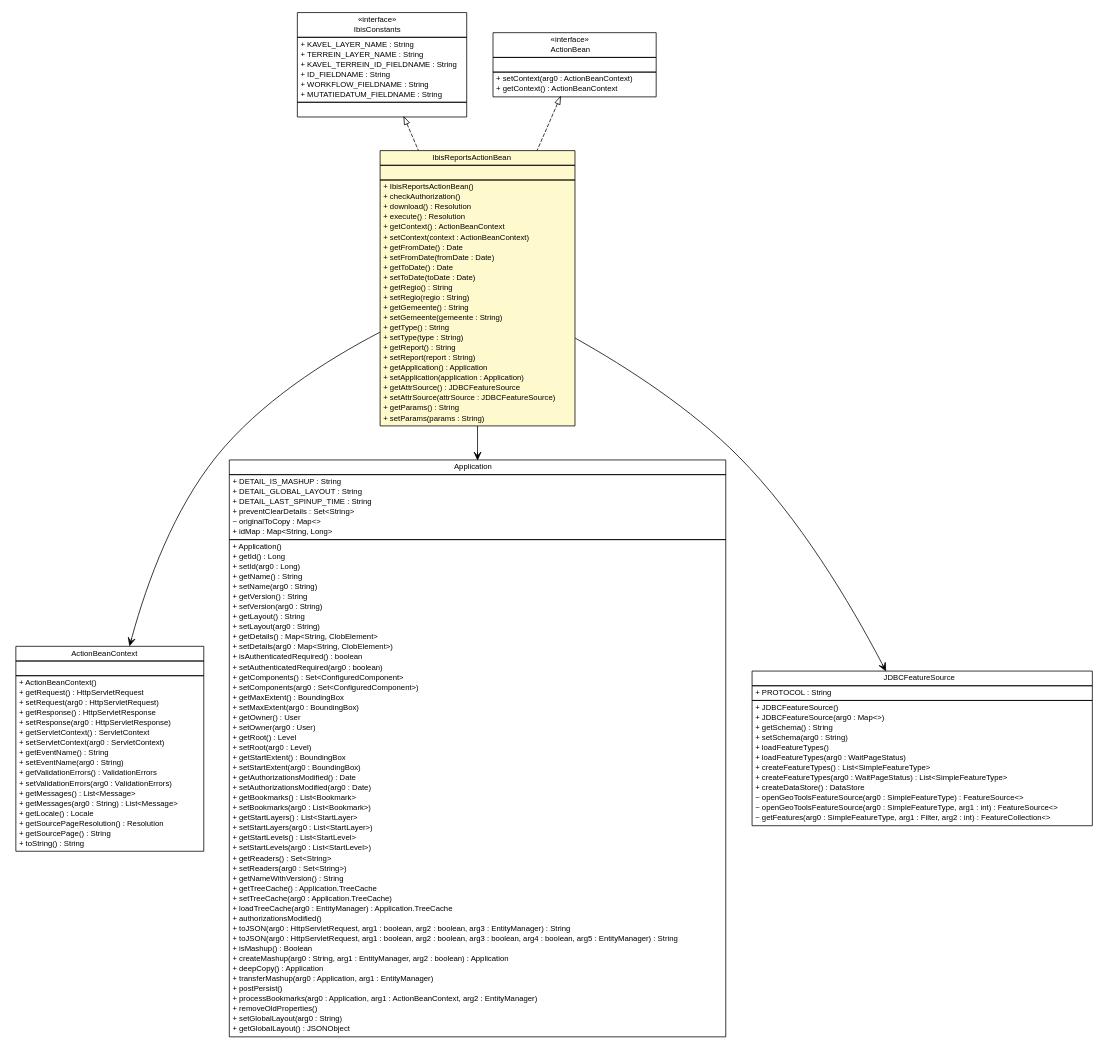
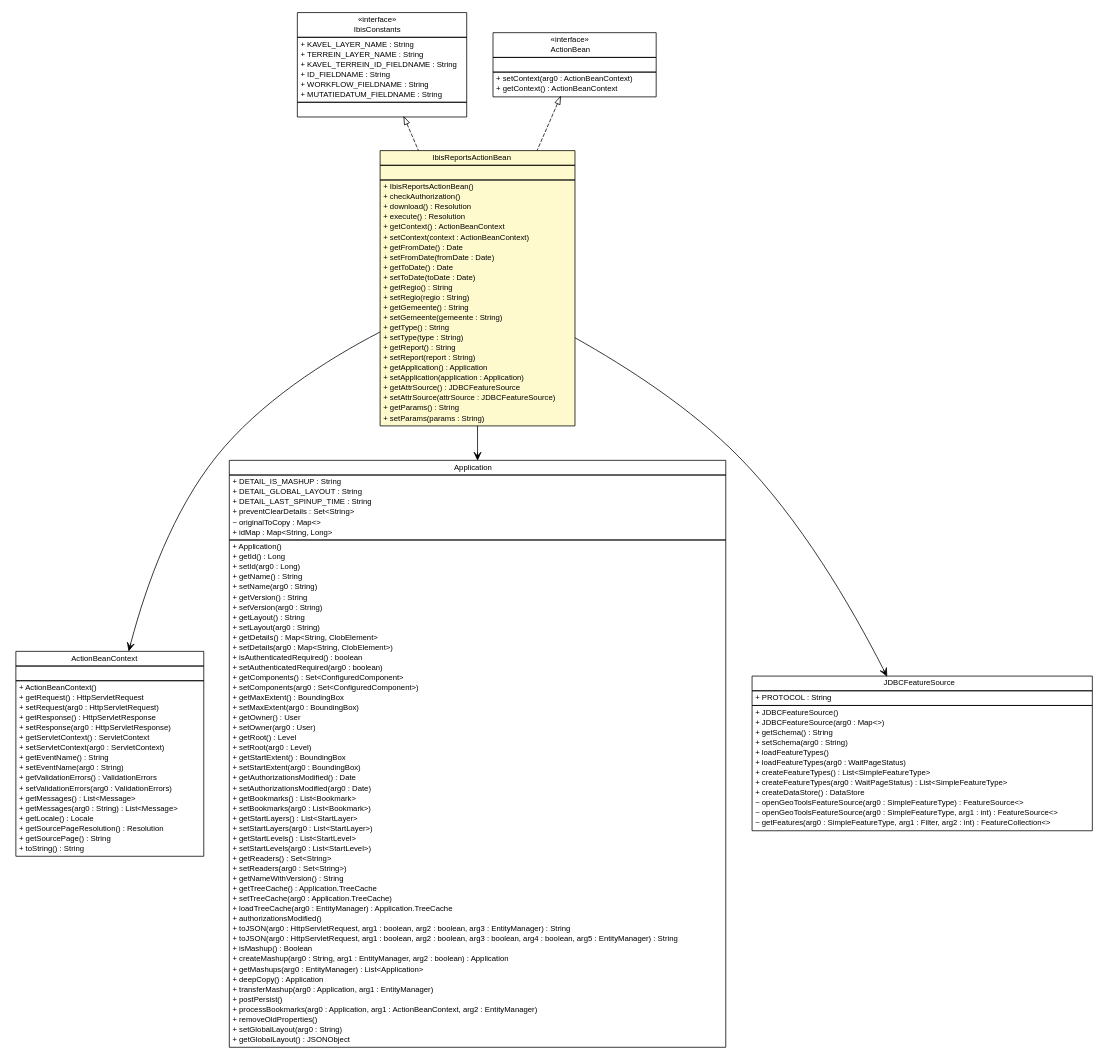
The diagram in ibis-viewer/apidocs/nl/b3p/viewer/stripes/IbisReportsActionBean.dot (B3Partners/flamingo-ibis), drawn with Graphviz before and after one commit. The commit also changed 85 other files, not shown here.

```diff
--- a/ibis-viewer/apidocs/nl/b3p/viewer/stripes/IbisReportsActionBean.dot
+++ b/ibis-viewer/apidocs/nl/b3p/viewer/stripes/IbisReportsActionBean.dot
@@ -10,7 +10,7 @@
 	nodesep=0.25;
 	ranksep=0.5;
 	// nl.b3p.viewer.ibis.util.IbisConstants
-	c246 [label=<<table title="nl.b3p.viewer.ibis.util.IbisConstants" border="0" cellborder="1" cellspacing="0" cellpadding="2" port="p" href="../ibis/util/IbisConstants.html">
+	c245 [label=<<table title="nl.b3p.viewer.ibis.util.IbisConstants" border="0" cellborder="1" cellspacing="0" cellpadding="2" port="p" href="../ibis/util/IbisConstants.html">
 		<tr><td><table border="0" cellspacing="0" cellpadding="1">
 <tr><td align="center" balign="center"> &#171;interface&#187; </td></tr>
 <tr><td align="center" balign="center"> IbisConstants </td></tr>
@@ -28,7 +28,7 @@
 		</table></td></tr>
 		</table>>, URL="../ibis/util/IbisConstants.html", fontname="Helvetica", fontcolor="black", fontsize=10.0];
 	// nl.b3p.viewer.stripes.IbisReportsActionBean
-	c257 [label=<<table title="nl.b3p.viewer.stripes.IbisReportsActionBean" border="0" cellborder="1" cellspacing="0" cellpadding="2" port="p" bgcolor="lemonChiffon" href="./IbisReportsActionBean.html">
+	c256 [label=<<table title="nl.b3p.viewer.stripes.IbisReportsActionBean" border="0" cellborder="1" cellspacing="0" cellpadding="2" port="p" bgcolor="lemonChiffon" href="./IbisReportsActionBean.html">
 		<tr><td><table border="0" cellspacing="0" cellpadding="1">
 <tr><td align="center" balign="center"> IbisReportsActionBean </td></tr>
 		</table></td></tr>
@@ -63,17 +63,17 @@
 		</table></td></tr>
 		</table>>, URL="./IbisReportsActionBean.html", fontname="Helvetica", fontcolor="black", fontsize=10.0];
 	//nl.b3p.viewer.stripes.IbisReportsActionBean implements net.sourceforge.stripes.action.ActionBean
-	c259:p -> c257:p [dir=back,arrowtail=empty,style=dashed];
+	c258:p -> c256:p [dir=back,arrowtail=empty,style=dashed];
 	//nl.b3p.viewer.stripes.IbisReportsActionBean implements nl.b3p.viewer.ibis.util.IbisConstants
-	c246:p -> c257:p [dir=back,arrowtail=empty,style=dashed];
+	c245:p -> c256:p [dir=back,arrowtail=empty,style=dashed];
 	// nl.b3p.viewer.stripes.IbisReportsActionBean NAVASSOC net.sourceforge.stripes.action.ActionBeanContext
-	c257:p -> c260:p [taillabel="", label="", headlabel="", fontname="Helvetica", fontcolor="black", fontsize=10.0, color="black", arrowhead=open];
+	c256:p -> c259:p [taillabel="", label="", headlabel="", fontname="Helvetica", fontcolor="black", fontsize=10.0, color="black", arrowhead=open];
 	// nl.b3p.viewer.stripes.IbisReportsActionBean NAVASSOC nl.b3p.viewer.config.app.Application
-	c257:p -> c261:p [taillabel="", label="", headlabel="", fontname="Helvetica", fontcolor="black", fontsize=10.0, color="black", arrowhead=open];
+	c256:p -> c260:p [taillabel="", label="", headlabel="", fontname="Helvetica", fontcolor="black", fontsize=10.0, color="black", arrowhead=open];
 	// nl.b3p.viewer.stripes.IbisReportsActionBean NAVASSOC nl.b3p.viewer.config.services.JDBCFeatureSource
-	c257:p -> c262:p [taillabel="", label="", headlabel="", fontname="Helvetica", fontcolor="black", fontsize=10.0, color="black", arrowhead=open];
+	c256:p -> c261:p [taillabel="", label="", headlabel="", fontname="Helvetica", fontcolor="black", fontsize=10.0, color="black", arrowhead=open];
 	// nl.b3p.viewer.config.services.JDBCFeatureSource
-	c262 [label=<<table title="nl.b3p.viewer.config.services.JDBCFeatureSource" border="0" cellborder="1" cellspacing="0" cellpadding="2" port="p">
+	c261 [label=<<table title="nl.b3p.viewer.config.services.JDBCFeatureSource" border="0" cellborder="1" cellspacing="0" cellpadding="2" port="p">
 		<tr><td><table border="0" cellspacing="0" cellpadding="1">
 <tr><td align="center" balign="center"> JDBCFeatureSource </td></tr>
 		</table></td></tr>
@@ -96,7 +96,7 @@
 		</table></td></tr>
 		</table>>, URL="null", fontname="Helvetica", fontcolor="black", fontsize=10.0];
 	// net.sourceforge.stripes.action.ActionBeanContext
-	c260 [label=<<table title="net.sourceforge.stripes.action.ActionBeanContext" border="0" cellborder="1" cellspacing="0" cellpadding="2" port="p">
+	c259 [label=<<table title="net.sourceforge.stripes.action.ActionBeanContext" border="0" cellborder="1" cellspacing="0" cellpadding="2" port="p">
 		<tr><td><table border="0" cellspacing="0" cellpadding="1">
 <tr><td align="center" balign="center"> ActionBeanContext </td></tr>
 		</table></td></tr>
@@ -124,7 +124,7 @@
 		</table></td></tr>
 		</table>>, URL="null", fontname="Helvetica", fontcolor="black", fontsize=10.0];
 	// net.sourceforge.stripes.action.ActionBean
-	c259 [label=<<table title="net.sourceforge.stripes.action.ActionBean" border="0" cellborder="1" cellspacing="0" cellpadding="2" port="p">
+	c258 [label=<<table title="net.sourceforge.stripes.action.ActionBean" border="0" cellborder="1" cellspacing="0" cellpadding="2" port="p">
 		<tr><td><table border="0" cellspacing="0" cellpadding="1">
 <tr><td align="center" balign="center"> &#171;interface&#187; </td></tr>
 <tr><td align="center" balign="center"> ActionBean </td></tr>
@@ -138,7 +138,7 @@
 		</table></td></tr>
 		</table>>, URL="null", fontname="Helvetica", fontcolor="black", fontsize=10.0];
 	// nl.b3p.viewer.config.app.Application
-	c261 [label=<<table title="nl.b3p.viewer.config.app.Application" border="0" cellborder="1" cellspacing="0" cellpadding="2" port="p">
+	c260 [label=<<table title="nl.b3p.viewer.config.app.Application" border="0" cellborder="1" cellspacing="0" cellpadding="2" port="p">
 		<tr><td><table border="0" cellspacing="0" cellpadding="1">
 <tr><td align="center" balign="center"> Application </td></tr>
 		</table></td></tr>
@@ -193,6 +193,7 @@
 <tr><td align="left" balign="left"> + toJSON(arg0 : HttpServletRequest, arg1 : boolean, arg2 : boolean, arg3 : boolean, arg4 : boolean, arg5 : EntityManager) : String </td></tr>
 <tr><td align="left" balign="left"> + isMashup() : Boolean </td></tr>
 <tr><td align="left" balign="left"> + createMashup(arg0 : String, arg1 : EntityManager, arg2 : boolean) : Application </td></tr>
+<tr><td align="left" balign="left"> + getMashups(arg0 : EntityManager) : List&lt;Application&gt; </td></tr>
 <tr><td align="left" balign="left"> + deepCopy() : Application </td></tr>
 <tr><td align="left" balign="left"> + transferMashup(arg0 : Application, arg1 : EntityManager) </td></tr>
 <tr><td align="left" balign="left"> + postPersist() </td></tr>
```
